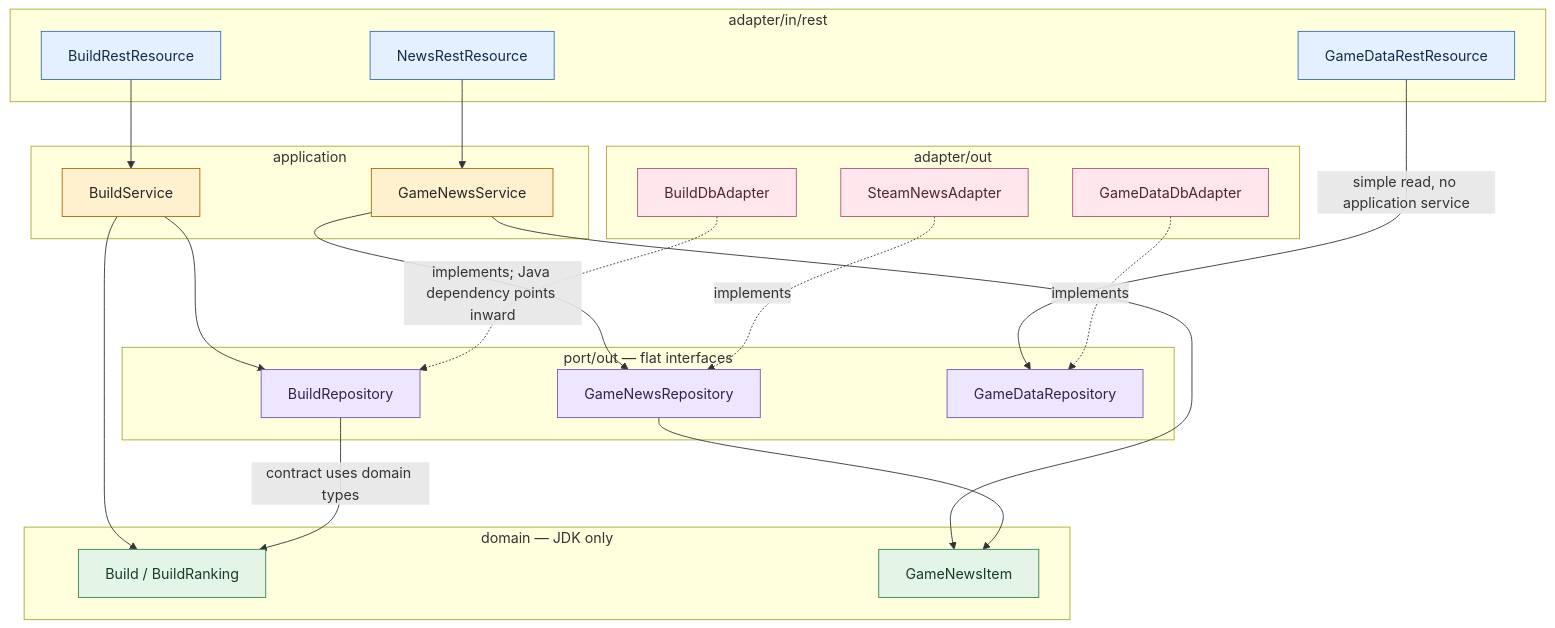
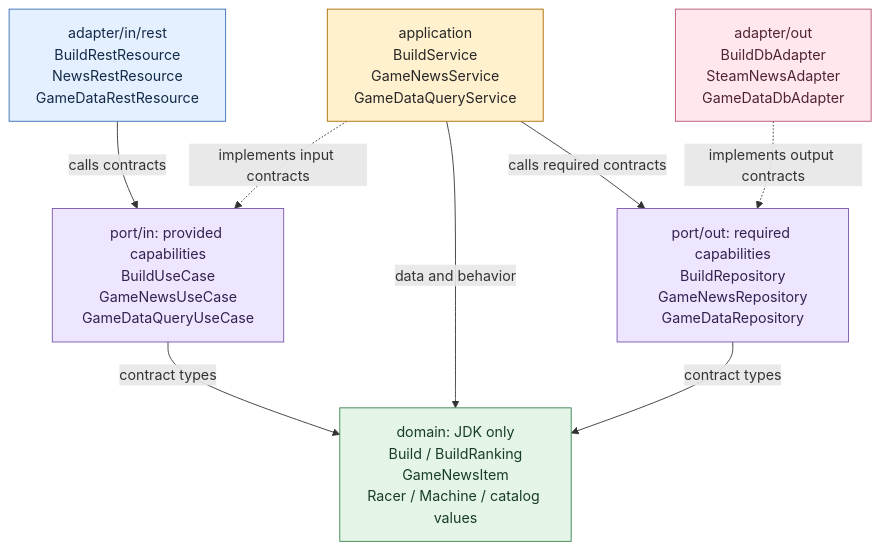
One commit to alexungu04genoff/RingLab changed the second of 31 diagrams in docs/architecture-atlas.md. Above: the diagram before and after it, drawn with Mermaid. The commit also changed other lines of this file and 100 other files, not shown here.

Commit message:
refactor(backend): introduce explicit inbound use-case ports

````diff
--- a/docs/architecture-atlas.md
+++ b/docs/architecture-atlas.md
@@ -118,43 +120,21 @@
 ```mermaid
 flowchart TB
-  subgraph inbound["adapter/in/rest"]
-    br["BuildRestResource"]:::rest
-    nr["NewsRestResource"]:::rest
-    gd["GameDataRestResource"]:::rest
-  end
-  subgraph application["application"]
-    bs["BuildService"]:::app
-    ns["GameNewsService"]:::app
-  end
-  subgraph domain["domain — JDK only"]
-    b["Build / BuildRanking"]:::domain
-    n["GameNewsItem"]:::domain
-  end
-  subgraph ports["port/out — flat interfaces"]
-    bp["BuildRepository"]:::port
-    np["GameNewsRepository"]:::port
-    gp["GameDataRepository"]:::port
-  end
-  subgraph outbound["adapter/out"]
-    ba["BuildDbAdapter"]:::adapter
-    na["SteamNewsAdapter"]:::adapter
-    ga["GameDataDbAdapter"]:::adapter
-  end
-  br --> bs
-  nr --> ns
-  gd -->|"simple read, no application service"| gp
-  bs --> b
-  bs --> bp
-  ns --> n
-  ns --> np
-  bp -->|"contract uses domain types"| b
-  np --> n
-  ba -.->|"implements; Java dependency points inward"| bp
-  na -.->|"implements"| np
-  ga -.->|"implements"| gp
+  inbound["adapter/in/rest<br/>BuildRestResource<br/>NewsRestResource<br/>GameDataRestResource"]:::rest
+  application["application<br/>BuildService<br/>GameNewsService<br/>GameDataQueryService"]:::app
+  outbound["adapter/out<br/>BuildDbAdapter<br/>SteamNewsAdapter<br/>GameDataDbAdapter"]:::adapter
+  inputs["port/in: provided capabilities<br/>BuildUseCase<br/>GameNewsUseCase<br/>GameDataQueryUseCase"]:::port
+  outputs["port/out: required capabilities<br/>BuildRepository<br/>GameNewsRepository<br/>GameDataRepository"]:::port
+  domain["domain: JDK only<br/>Build / BuildRanking<br/>GameNewsItem<br/>Racer / Machine / catalog values"]:::domain
+  inbound -->|"calls contracts"| inputs
+  application -.->|"implements input contracts"| inputs
+  application -->|"calls required contracts"| outputs
+  outbound -.->|"implements output contracts"| outputs
+  inputs -->|"contract types"| domain
+  application -->|"data and behavior"| domain
+  outputs -->|"contract types"| domain
   classDef rest fill:#e4efff,stroke:#356db4,color:#142b49
   classDef app fill:#fff0ce,stroke:#a96b00,color:#272727
   classDef domain fill:#e4f5e8,stroke:#37834c,color:#183d24
   classDef port fill:#eee6ff,stroke:#7954b1,color:#35214f
   classDef adapter fill:#ffe7ed,stroke:#b45370,color:#502333
 ```
````
